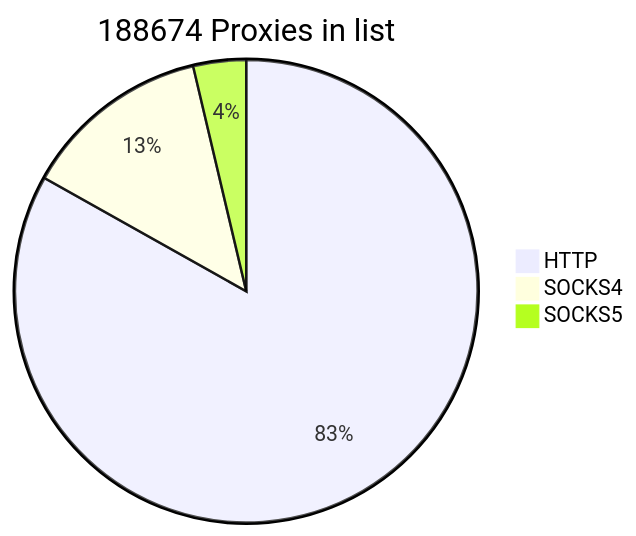
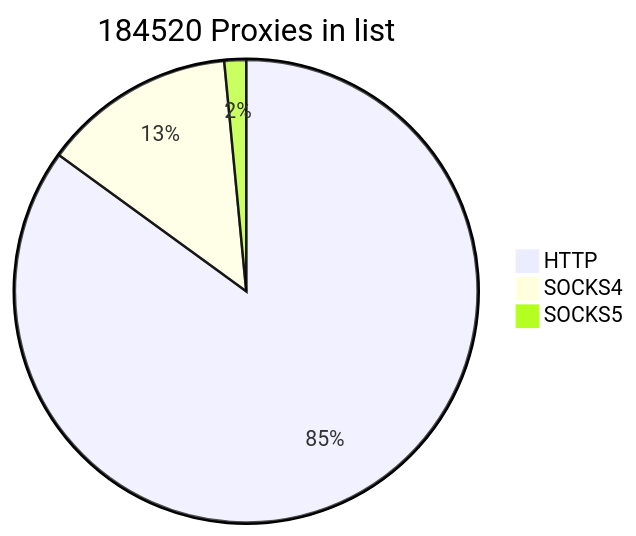
Before and after one commit to cutipu/proxylist: the first of 2 diagrams in README.md, drawn with Mermaid. The commit also changed other lines of this file, not shown here.

````diff
--- a/README.md
+++ b/README.md
@@ -2,7 +2,7 @@
 ```mermaid
-pie title 188674 Proxies in list
+pie title 184520 Proxies in list
     "HTTP" : 156862
     "SOCKS4" : 24851
-    "SOCKS5" : 6961
+    "SOCKS5" : 2807
             
 ```
````
